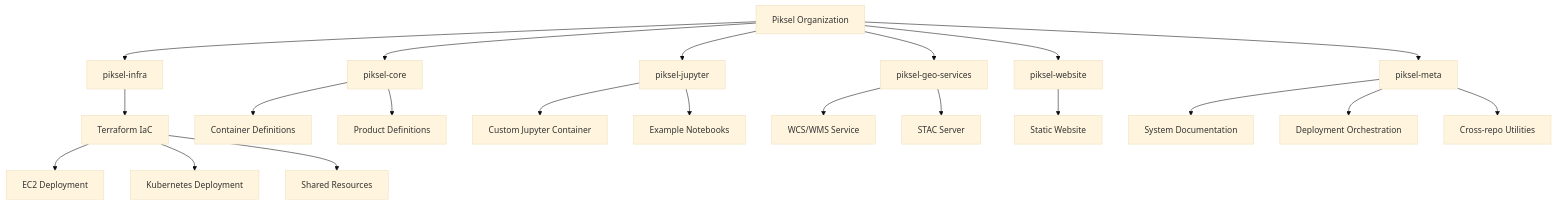
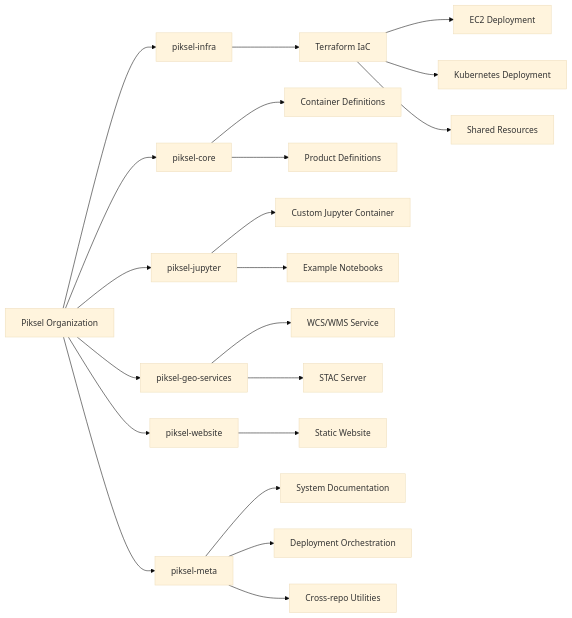
The first of 4 diagrams in repository-plan.md (piksel-ina/piksel-documentation), drawn with Mermaid (base theme) before and after one commit.

Commit message:
Change Mermaid Chart Direction

````diff
--- a/repository-plan.md
+++ b/repository-plan.md
@@ -9,29 +9,29 @@
 ```mermaid
-graph TD
+graph LR
     org[Piksel Organization] --> infra[piksel-infra]
     org --> core[piksel-core]
     org --> jupyter[piksel-jupyter]
     org --> geo[piksel-geo-services]
     org --> website[piksel-website]
     org --> meta[piksel-meta]
 
     infra --> terraform[Terraform IaC]
     terraform --> ec2[EC2 Deployment]
     terraform --> k8s[Kubernetes Deployment]
     terraform --> shared[Shared Resources]
 
     core --> docker_core[Container Definitions]
     core --> products[Product Definitions]
 
     jupyter --> docker_jupyter[Custom Jupyter Container]
     jupyter --> notebooks[Example Notebooks]
 
     geo --> wcs[WCS/WMS Service]
     geo --> stac[STAC Server]
 
     website --> public[Static Website]
 
     meta --> docs[System Documentation]
     meta --> deployment[Deployment Orchestration]
     meta --> scripts[Cross-repo Utilities]
 ```
````
